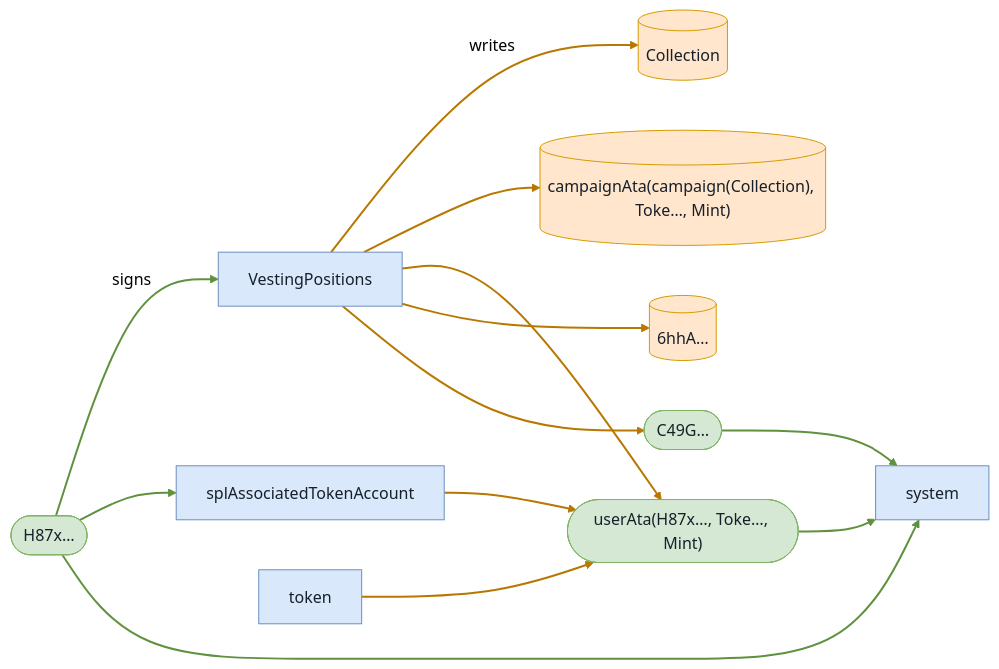
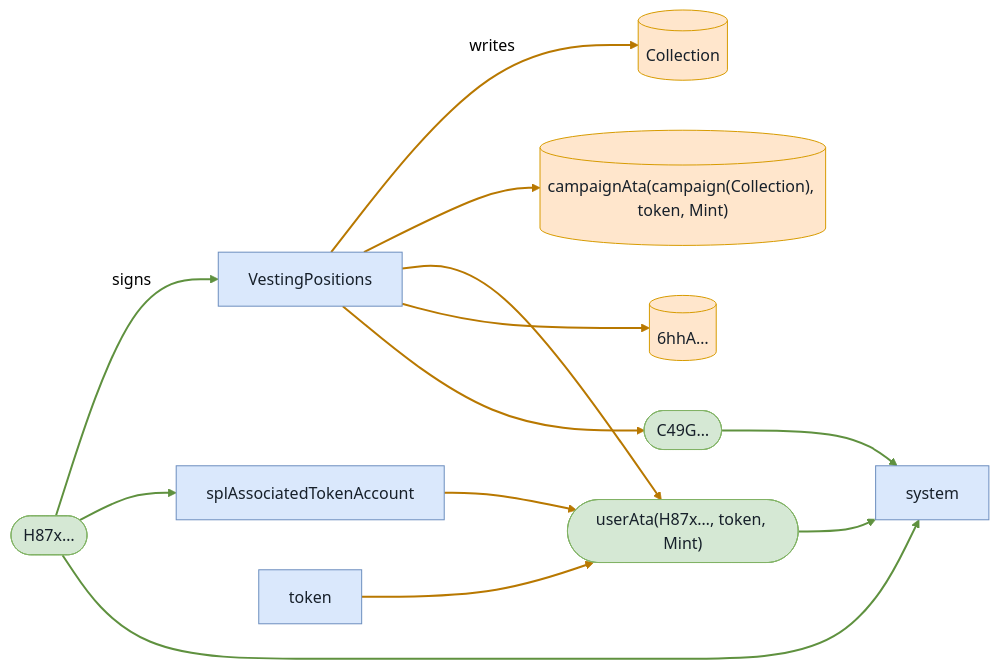
Diagram 14 of 21 in babelfish-tests/test-report/scenario_3_buyback_alice_claims_again.md (cds-turbin3/vesting-position), drawn with Mermaid (neutral theme) before and after one commit. The commit also changed other lines of this file and 104 other files, not shown here.

````diff
--- a/babelfish-tests/test-report/scenario_3_buyback_alice_claims_again.md
+++ b/babelfish-tests/test-report/scenario_3_buyback_alice_claims_again.md
@@ -557,30 +557,30 @@
 ```mermaid
 flowchart LR
     VestingPositions["VestingPositions"]:::program
     H87x(["H87x…"]):::signer
     Collection[("Collection")]:::state
-    campaignAtacampaignCollectionTokeMint[("campaignAta(campaign(Collection), Toke…, Mint)")]:::state
-    userAtaH87xTokeMint(["userAta(H87x…, Toke…, Mint)"]):::signer
+    campaignAtacampaignCollectiontokenMint[("campaignAta(campaign(Collection), token, Mint)")]:::state
+    userAtaH87xtokenMint(["userAta(H87x…, token, Mint)"]):::signer
     n6hhA[("6hhA…")]:::state
     C49G(["C49G…"]):::signer
     splAssociatedTokenAccount["splAssociatedTokenAccount"]:::program
     token["token"]:::program
     system["system"]:::program
     H87x -->|signs| VestingPositions
     VestingPositions -->|writes| Collection
-    VestingPositions --> campaignAtacampaignCollectionTokeMint
-    VestingPositions --> userAtaH87xTokeMint
+    VestingPositions --> campaignAtacampaignCollectiontokenMint
+    VestingPositions --> userAtaH87xtokenMint
     VestingPositions --> n6hhA
     VestingPositions --> C49G
     H87x --> splAssociatedTokenAccount
-    splAssociatedTokenAccount --> userAtaH87xTokeMint
+    splAssociatedTokenAccount --> userAtaH87xtokenMint
     H87x --> system
-    userAtaH87xTokeMint --> system
-    token --> userAtaH87xTokeMint
+    userAtaH87xtokenMint --> system
+    token --> userAtaH87xtokenMint
     C49G --> system
     classDef program fill:#dae8fc,stroke:#6c8ebf,color:#17202a;
     classDef signer fill:#d5e8d4,stroke:#82b366,color:#17202a;
     classDef state fill:#ffe6cc,stroke:#d79b00,color:#17202a;
     linkStyle 0,6,8,9,11 stroke:#5f913f,stroke-width:2px
     linkStyle 1,2,3,4,5,7,10 stroke:#b87800,stroke-width:2px
 ```
````
